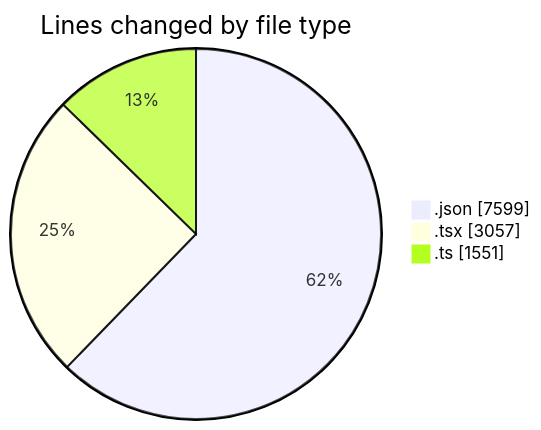
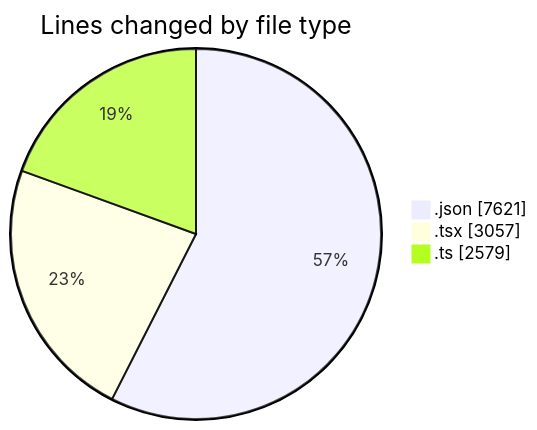
Before and after one commit to CELIANVF/code-tracking: the first of 2 diagrams in 2025-06-10/ecodeli-1/README.md, drawn with Mermaid. The commit also changed other lines of this file and 1 other file, not shown here.

````diff
--- a/2025-06-10/ecodeli-1/README.md
+++ b/2025-06-10/ecodeli-1/README.md
@@ -35,7 +36,7 @@
 ```mermaid
 pie showData
 title Lines changed by file type
-".json" : 7599
+".json" : 7621
 ".tsx" : 3057
-".ts" : 1551
+".ts" : 2579
 ```
````
